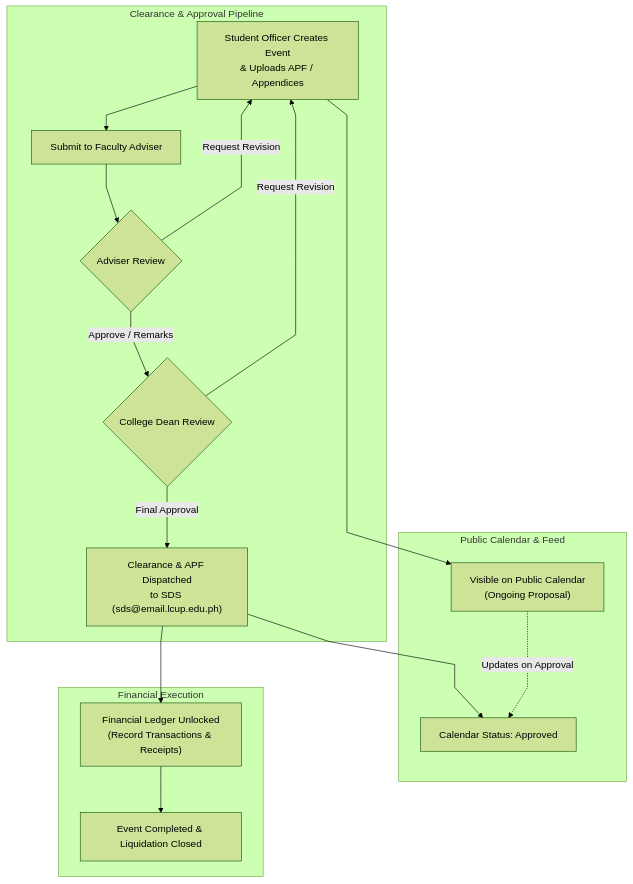
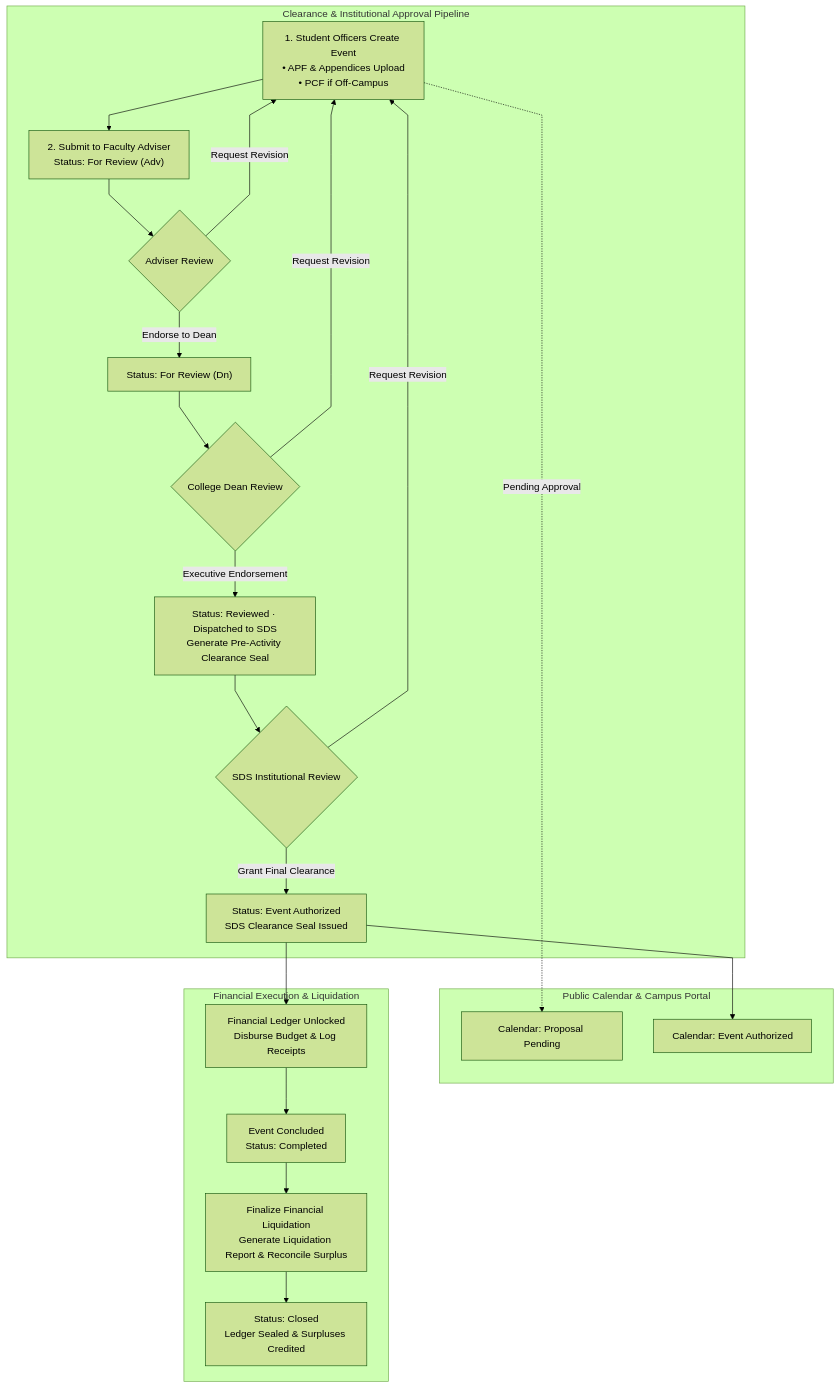
The diagram in README.md (elfinix/comms-collinsight), drawn with Mermaid (forest theme) before and after one commit. The commit also changed other lines of this file, not shown here.

````diff
--- a/README.md
+++ b/README.md
@@ -12,24 +12,29 @@
 ```mermaid
 flowchart TD
 %%{ init: { 'flowchart': { 'curve': 'linear' } } }%%
 
-    subgraph Governance ["Clearance & Approval Pipeline"]
-        A["Student Officer Creates Event<br/>& Uploads APF / Appendices"] --> C["Submit to Faculty Adviser"]
-        C --> D{"Adviser Review"}
-        D -- "Request Revision" --> A
-        D -- "Approve / Remarks" --> E{"College Dean Review"}
+    subgraph Governance ["Clearance & Institutional Approval Pipeline"]
+        A["1. Student Officers Create Event<br/>• APF & Appendices Upload<br/>• PCF if Off-Campus"] --> B["2. Submit to Faculty Adviser<br/>Status: For Review (Adv)"]
+        B --> C{"Adviser Review"}
+        C -- "Request Revision" --> A
+        C -- "Endorse to Dean" --> D["Status: For Review (Dn)"]
+        D --> E{"College Dean Review"}
         E -- "Request Revision" --> A
-        E -- "Final Approval" --> F["Clearance & APF Dispatched<br/>to SDS (sds@email.lcup.edu.ph)"]
+        E -- "Executive Endorsement" --> F["Status: Reviewed · Dispatched to SDS<br/>Generate Pre-Activity Clearance Seal"]
+        F --> G{"SDS Institutional Review"}
+        G -- "Request Revision" --> A
+        G -- "Grant Final Clearance" --> H["Status: Event Authorized<br/>SDS Clearance Seal Issued"]
     end
 
-    subgraph CalendarFeed ["Public Calendar & Feed"]
-        A --> B["Visible on Public Calendar<br/>(Ongoing Proposal)"]
-        F --> G["Calendar Status: Approved"]
-        B -. "Updates on Approval" .-> G
+    subgraph CalendarFeed ["Public Calendar & Campus Portal"]
+        A -. "Pending Approval" .-> CAL1["Calendar: Proposal Pending"]
+        H --> CAL2["Calendar: Event Authorized"]
     end
 
-    subgraph Finance ["Financial Execution"]
-        F --> H["Financial Ledger Unlocked<br/>(Record Transactions & Receipts)"]
-        H --> I["Event Completed & Liquidation Closed"]
+    subgraph Finance ["Financial Execution & Liquidation"]
+        H --> FIN1["Financial Ledger Unlocked<br/>Disburse Budget & Log Receipts"]
+        FIN1 --> FIN2["Event Concluded<br/>Status: Completed"]
+        FIN2 --> FIN3["Finalize Financial Liquidation<br/>Generate Liquidation Report & Reconcile Surplus"]
+        FIN3 --> FIN4["Status: Closed<br/>Ledger Sealed & Surpluses Credited"]
     end
 ```
````
